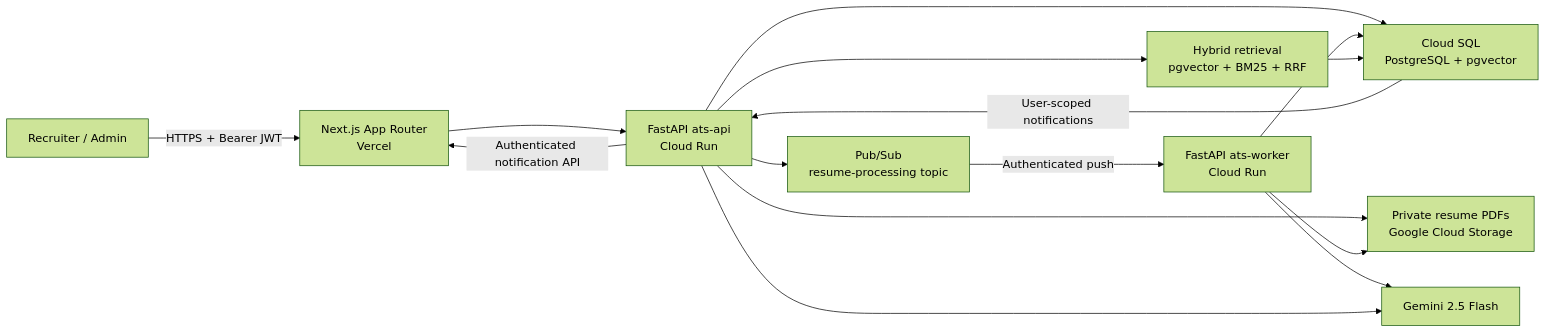
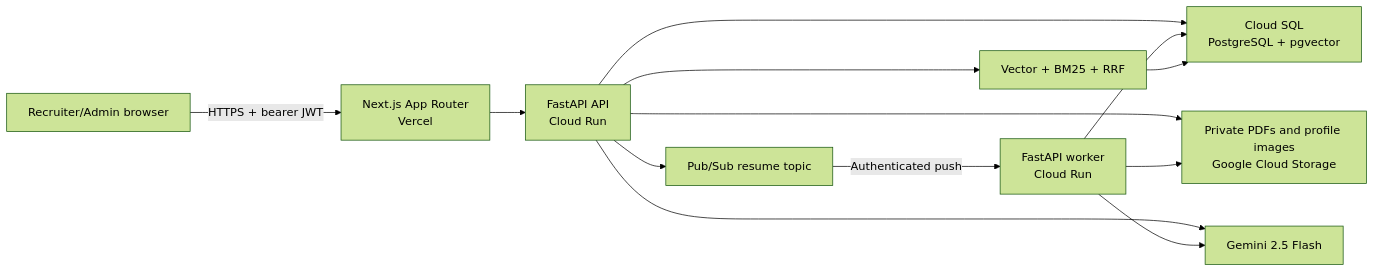
Before and after one commit to baramee-chaisuwan/AI-Document-Intelligence: the first of 2 diagrams in README.md, drawn with Mermaid (forest theme). The commit also changed other lines of this file, not shown here.

Commit message:
docs: update README for current ATS platform

````diff
--- a/README.md
+++ b/README.md
@@ -173,17 +143,18 @@
 ```mermaid
 flowchart LR
-    U["Recruiter / Admin"] -->|HTTPS + Bearer JWT| FE["Next.js App Router<br/>Vercel"]
-    FE --> API["FastAPI ats-api<br/>Cloud Run"]
+    Browser["Recruiter/Admin browser"] -->|"HTTPS + bearer JWT"| Frontend["Next.js App Router<br/>Vercel"]
+    Frontend --> API["FastAPI API<br/>Cloud Run"]
+
     API --> DB["Cloud SQL<br/>PostgreSQL + pgvector"]
-    API --> GCS["Private resume PDFs<br/>Google Cloud Storage"]
-    API --> PS["Pub/Sub<br/>resume-processing topic"]
-    PS -->|Authenticated push| W["FastAPI ats-worker<br/>Cloud Run"]
-    W --> GCS
-    W --> DB
-    W --> GEM["Gemini 2.5 Flash"]
-    API --> GEM
-    API --> RAG["Hybrid retrieval<br/>pgvector + BM25 + RRF"]
-    RAG --> DB
-    DB -->|User-scoped notifications| API
-    API -->|Authenticated notification API| FE
+    API --> GCS["Private PDFs and profile images<br/>Google Cloud Storage"]
+    API --> PubSub["Pub/Sub resume topic"]
+    API --> Gemini["Gemini 2.5 Flash"]
+
+    PubSub -->|"Authenticated push"| Worker["FastAPI worker<br/>Cloud Run"]
+    Worker --> GCS
+    Worker --> DB
+    Worker --> Gemini
+
+    API --> Retrieval["Vector + BM25 + RRF"]
+    Retrieval --> DB
 ```
````
